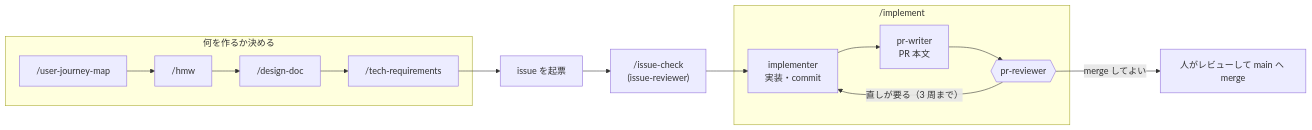
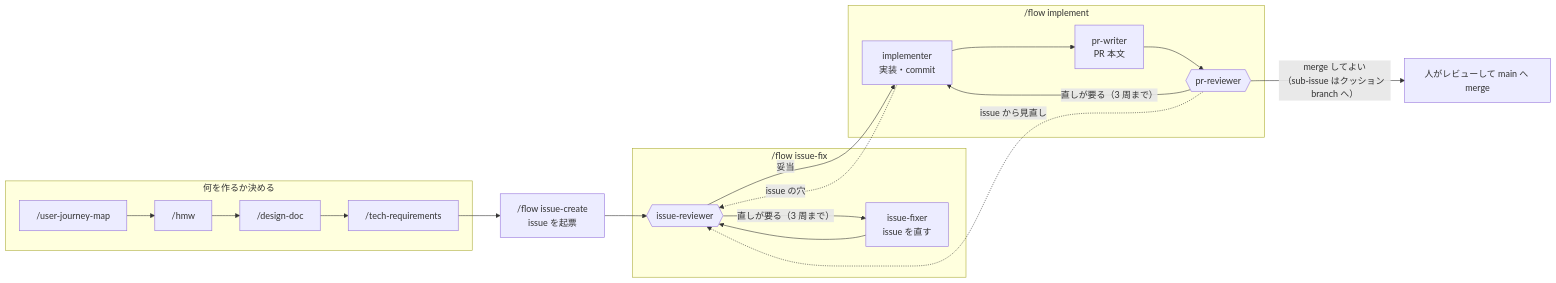
The third of 3 diagrams in CONTRIBUTING.md (jun-eg/school-festival-shift), drawn with Mermaid before and after one commit. The commit also changed other lines of this file, not shown here.

Commit message:
CONTRIBUTING.md を記事に合わせ、skill と agent の図を /flow に描き直した（#387）
作業時間を記事の 5〜6 時間に揃え、Zenn の記事へのリンクを足した。
図は /flow issue-create → issue-fix → implement と、implement から issue-fix へ戻る道を描いた。

````diff
--- a/CONTRIBUTING.md
+++ b/CONTRIBUTING.md
@@ -84,14 +85,20 @@
 ```mermaid
 flowchart LR
     subgraph IDEA["何を作るか決める"]
         UJM["/user-journey-map"] --> HMW["/hmw"] --> DD["/design-doc"] --> TR["/tech-requirements"]
     end
-    TR --> ISSUE[issue を起票]
-    ISSUE --> CHECK["/issue-check<br/>(issue-reviewer)"]
-    subgraph IMPLEMENT["/implement"]
+    TR --> CREATE["/flow issue-create<br/>issue を起票"]
+    subgraph FIX["/flow issue-fix"]
+        IR{{issue-reviewer}} -->|"直しが要る（3 周まで）"| IF["issue-fixer<br/>issue を直す"]
+        IF --> IR
+    end
+    CREATE --> IR
+    subgraph IMPLEMENT["/flow implement"]
         IMPL["implementer<br/>実装・commit"] --> PW["pr-writer<br/>PR 本文"] --> PRV{{pr-reviewer}}
         PRV -->|"直しが要る（3 周まで）"| IMPL
     end
-    CHECK --> IMPL
-    PRV -->|merge してよい| HUMAN[人がレビューして main へ merge]
+    IR -->|妥当| IMPL
+    IMPL -.->|issue の穴| IR
+    PRV -.->|issue から見直し| IR
+    PRV -->|"merge してよい<br/>（sub-issue はクッション branch へ）"| HUMAN[人がレビューして main へ merge]
 ```
````
